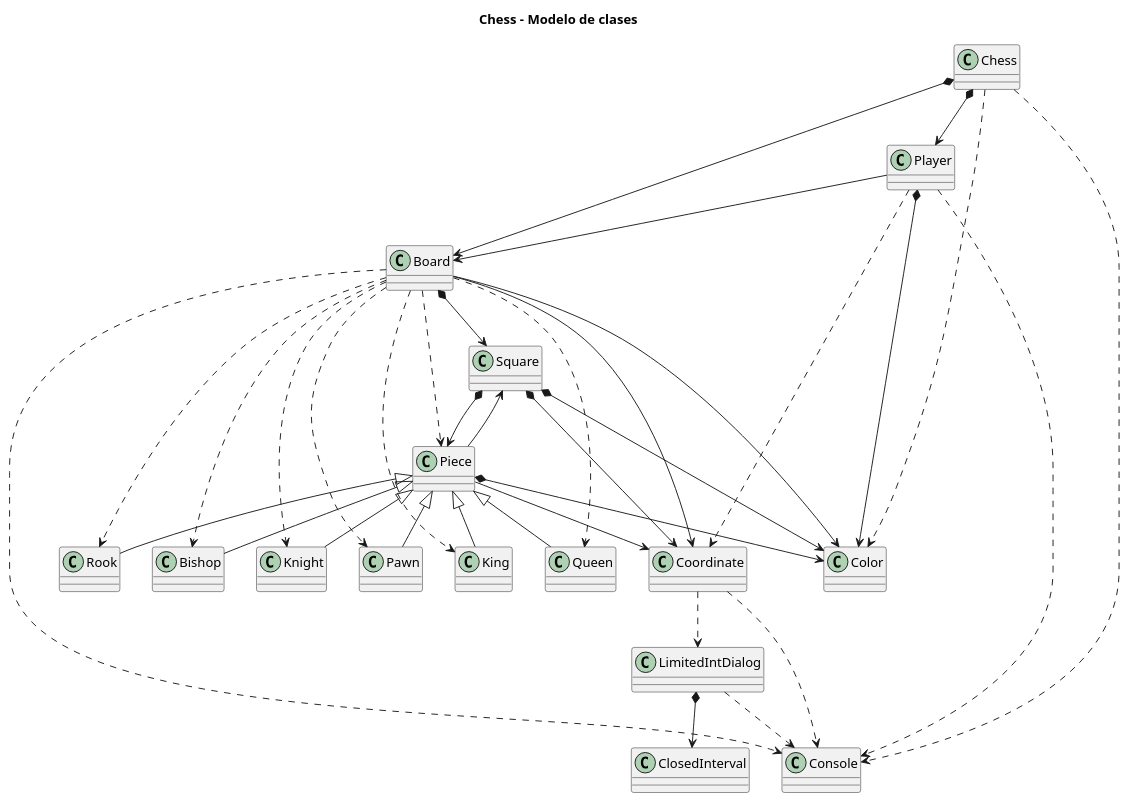
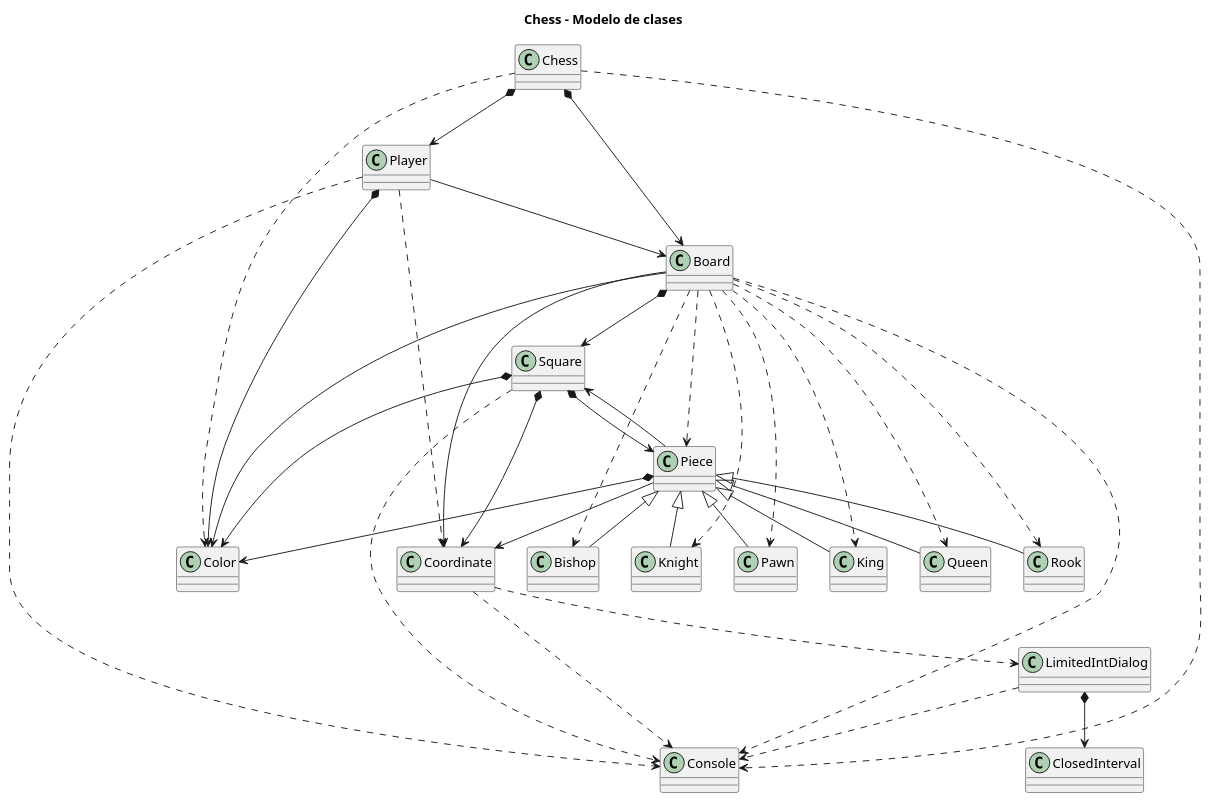
One commit to Master-Desarrollo-20-21/ejercicio-4-ajedrez-polimorfismo-menthil changed the diagram in chess/diagramas/diagrama-clases.puml. Above: the diagram before and after it, drawn with PlantUML. The commit also changed 3 other files, not shown here.

```diff
--- a/chess/diagramas/diagrama-clases.puml
+++ b/chess/diagramas/diagrama-clases.puml
@@ -1,85 +1,86 @@
 @startuml
 
 title Chess - Modelo de clases
 
 Class Chess
 
 Chess *--> Board
 Chess *--> Player
+Chess ..> Color
 Chess ..> Console
-Chess ..> Color
 
 Class Board
 
 Board *--> Square
-Board ..> Console
 Board --> Color
 Board --> Coordinate
 Board ..> Piece
 Board ..> King
 Board ..> Queen
 Board ..> Rook
 Board ..> Bishop
 Board ..> Knight
 Board ..> Pawn
+Board ..> Console
 
 Class Player
 
 Player *--> Color
 Player --> Board
+Player ..> Coordinate
 Player ..> Console
-Player ..> Coordinate
 
 Class Console
 
 Class Color
 
 Class Square
 
 Square *--> Piece
 Square *--> Color
 Square *--> Coordinate
+Square ..> Console
 
 Class Coordinate
 
 Coordinate ..> Console
 Coordinate ..> LimitedIntDialog
 
 Class Piece
 
 Piece *--> Color
 Piece --> Coordinate
 Piece --> Square
 
 Class King
 
 Piece <|-- King
 
 Class Queen
 
 Piece <|-- Queen
 
 Class Rook
 
 Piece <|-- Rook
 
 Class Bishop
 
 Piece <|-- Bishop
 
 Class Knight
 
 Piece <|-- Knight
 
 Class Pawn
 
 Piece <|-- Pawn
 
 Class LimitedIntDialog
 
 LimitedIntDialog *--> ClosedInterval
 LimitedIntDialog ..> Console
 
 Class ClosedInterval
 
 @enduml
```
